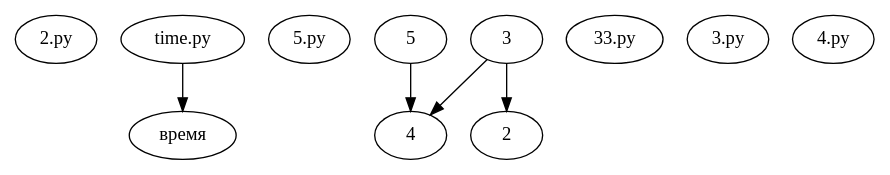
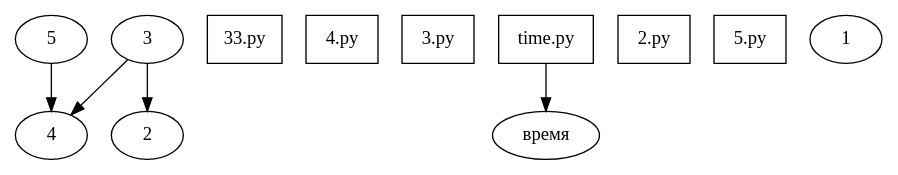
The diagram in graphs/local_graph.dot (LeonovEvgenii/AGI), drawn with Graphviz before and after one commit. The commit also changed 1 other file, not shown here.

```diff
--- a/graphs/local_graph.dot
+++ b/graphs/local_graph.dot
@@ -1,17 +1,26 @@
 digraph G {
-  "2.py";
-  "time.py";
-  "time.py" -> "время";
-  "5.py";
-  "время";
-  "5";
-  "5" -> "4";
-  "33.py";
-  "3.py";
-  "3";
-  "3" -> "4";
-  "3" -> "2";
-  "4.py";
-  "4";
-  "2";
+	"5" [shape=ellipse]
+	"5" -> {4 }
+	"4" [shape=ellipse]
+	"4" -> {}
+	"33.py" [shape=box]
+	"33.py" -> {}
+	"2" [shape=ellipse]
+	"2" -> {}
+	"4.py" [shape=box]
+	"4.py" -> {}
+	"3.py" [shape=box]
+	"3.py" -> {}
+	"time.py" [shape=box]
+	"time.py" -> {время }
+	"время" [shape=ellipse]
+	"время" -> {}
+	"2.py" [shape=box]
+	"2.py" -> {}
+	"3" [shape=ellipse]
+	"3" -> {2 4 }
+	"5.py" [shape=box]
+	"5.py" -> {}
+	"1" [shape=ellipse]
+	"1" -> {}
 }
```
